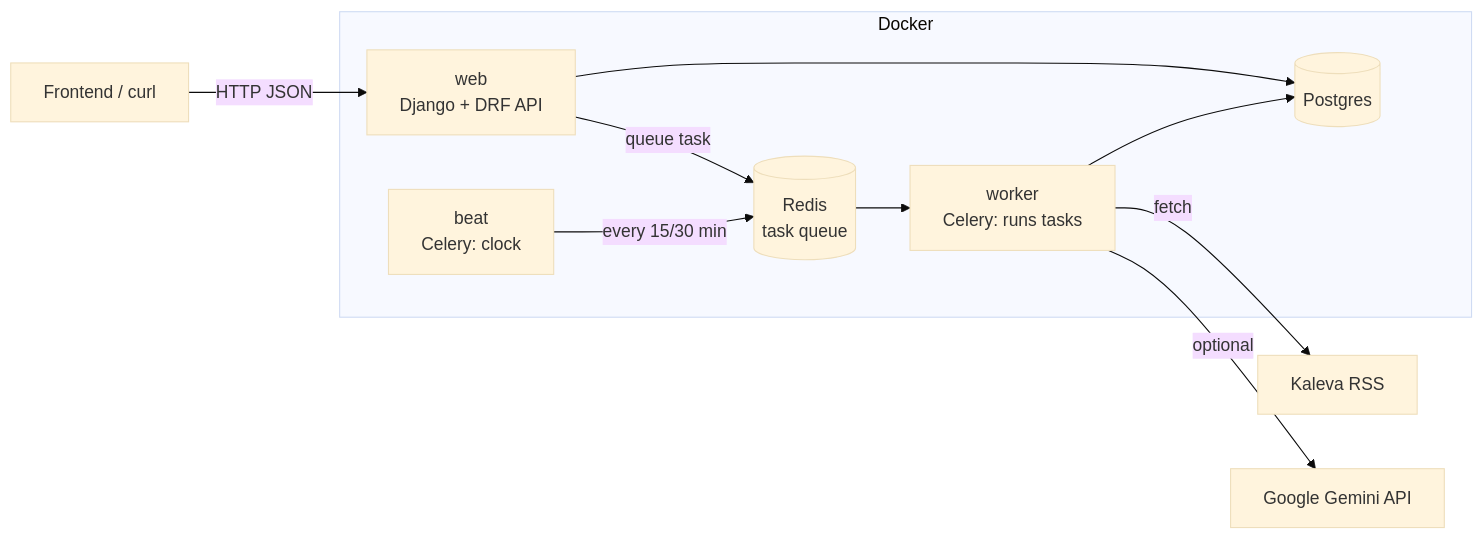
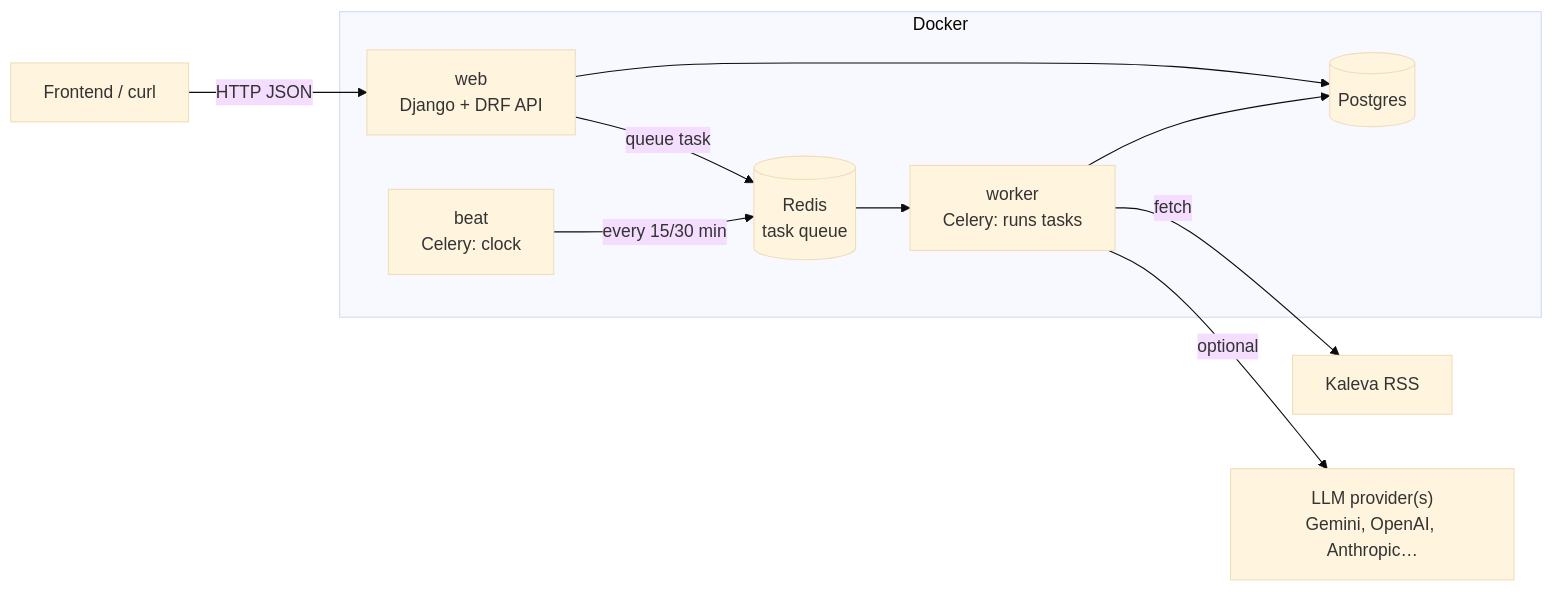
One commit to Mesbahul-Islam/junction-oulu-2026 changed the first of 3 diagrams in docs/GUIDE.md. Above: the diagram before and after it, drawn with Mermaid (base theme). The commit also changed other lines of this file and 40 other files, not shown here.

````diff
--- a/docs/GUIDE.md
+++ b/docs/GUIDE.md
@@ -106,18 +108,18 @@
 ```mermaid
 flowchart LR
     subgraph Docker
         web["web<br/>Django + DRF API"]
         worker["worker<br/>Celery: runs tasks"]
         beat["beat<br/>Celery: clock"]
         db[("Postgres")]
         redis[("Redis<br/>task queue")]
     end
     app["Frontend / curl"] -->|HTTP JSON| web
     web --> db
     web -->|"queue task"| redis
     beat -->|"every 15/30 min"| redis
     redis --> worker
     worker --> db
     worker -->|fetch| rss["Kaleva RSS"]
-    worker -->|optional| llm["Google Gemini API"]
+    worker -->|optional| llm["LLM provider(s)<br/>Gemini, OpenAI, Anthropic…"]
 ```
````
